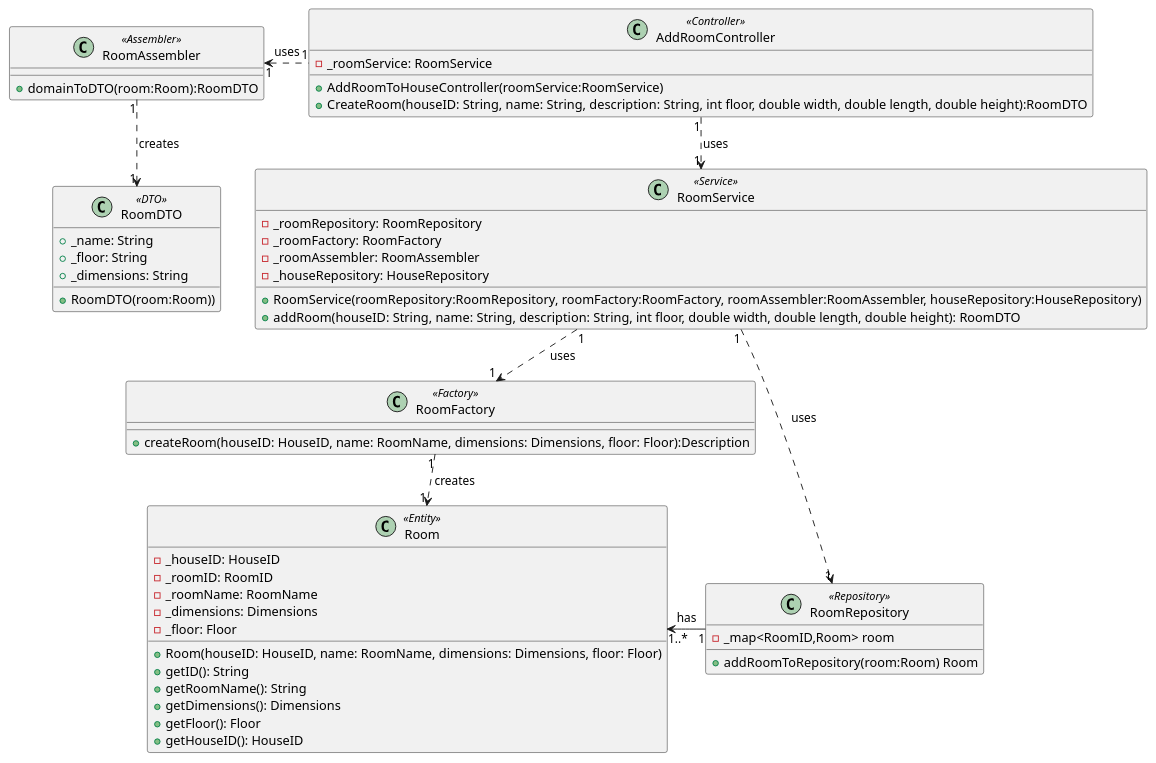
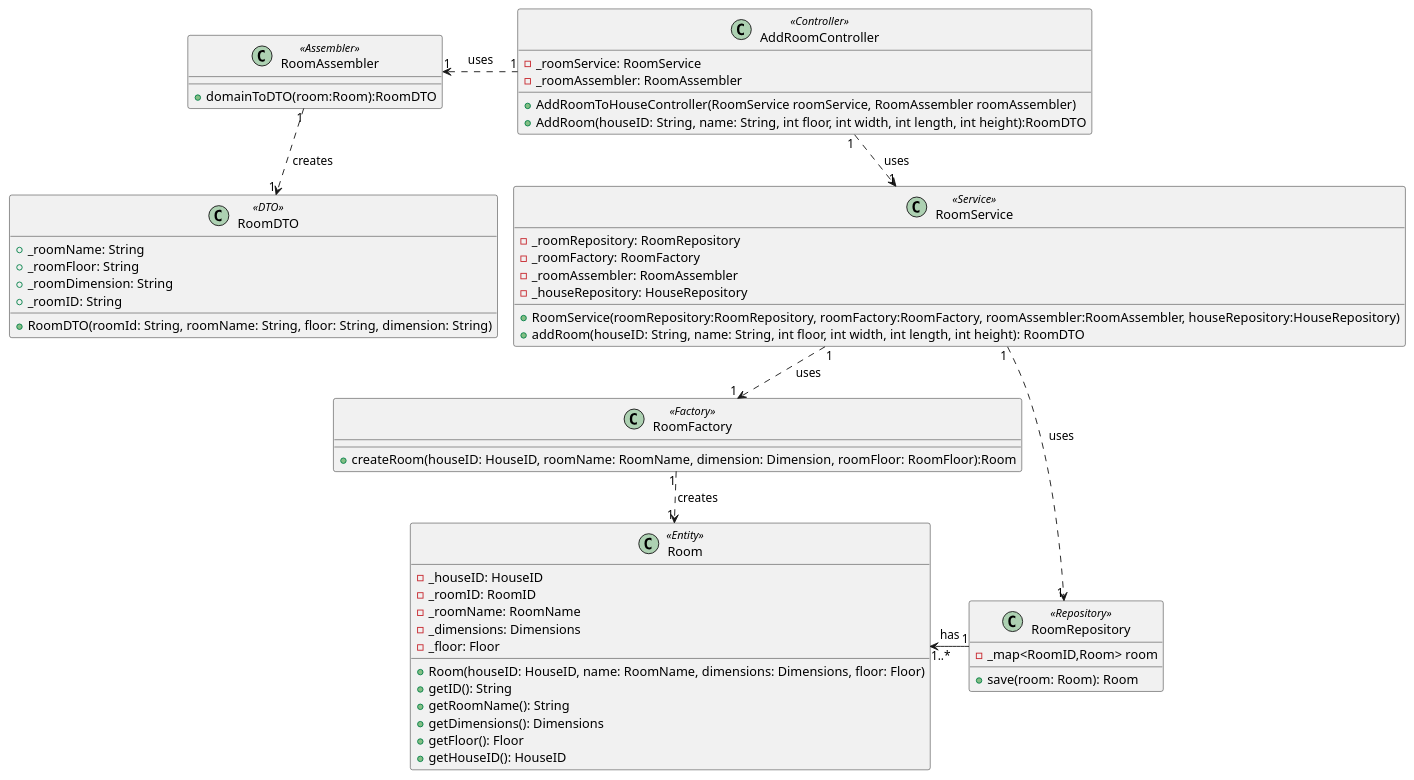
Before and after one commit to olivDiogo/SmartHome: the diagram in docs/userStories/us02/artifacts/US02CD.puml, drawn with PlantUML. The commit also changed 1 other file, not shown here.

```diff
--- a/docs/userStories/us02/artifacts/US02CD.puml
+++ b/docs/userStories/us02/artifacts/US02CD.puml
@@ -1,63 +1,65 @@
 @startuml
 !pragma layout smetana
 
 class AddRoomController<<Controller>> {
 - _roomService: RoomService
-+AddRoomToHouseController(roomService:RoomService)
-+CreateRoom(houseID: String, name: String, description: String, int floor, double width, double length, double height):RoomDTO
+- _roomAssembler: RoomAssembler
++AddRoomToHouseController(RoomService roomService, RoomAssembler roomAssembler)
++AddRoom(houseID: String, name: String, int floor, int width, int length, int height):RoomDTO
 }
 
 class RoomService <<Service>>{
 - _roomRepository: RoomRepository
 - _roomFactory: RoomFactory
 - _roomAssembler: RoomAssembler
 - _houseRepository: HouseRepository
 +RoomService(roomRepository:RoomRepository, roomFactory:RoomFactory, roomAssembler:RoomAssembler, houseRepository:HouseRepository)
-+addRoom(houseID: String, name: String, description: String, int floor, double width, double length, double height): RoomDTO
++addRoom(houseID: String, name: String, int floor, int width, int length, int height): RoomDTO
 }
 
 class RoomRepository <<Repository>>{
 - _map<RoomID,Room> room
-+addRoomToRepository(room:Room) Room
++save(room: Room): Room
 }
 
 class RoomFactory <<Factory>>{
-+createRoom(houseID: HouseID, name: RoomName, dimensions: Dimensions, floor: Floor):Description
++createRoom(houseID: HouseID, roomName: RoomName, dimension: Dimension, roomFloor: RoomFloor):Room
 }
 
 class RoomAssembler <<Assembler>>{
 +domainToDTO(room:Room):RoomDTO
 }
 
 class RoomDTO <<DTO>>{
-+ _name: String
-+ _floor: String
-+ _dimensions: String
-+RoomDTO(room:Room))
++ _roomName: String
++ _roomFloor: String
++ _roomDimension: String
++ _roomID: String
++RoomDTO(roomId: String, roomName: String, floor: String, dimension: String)
 }
 
 class Room <<Entity>>{
 - _houseID: HouseID
 - _roomID: RoomID
 - _roomName: RoomName
 - _dimensions: Dimensions
 - _floor: Floor
 +Room(houseID: HouseID, name: RoomName, dimensions: Dimensions, floor: Floor)
 +getID(): String
 +getRoomName(): String
 +getDimensions(): Dimensions
 +getFloor(): Floor
 +getHouseID(): HouseID
 }
 
 
 AddRoomController "1" .down.> "1" RoomService: uses
 RoomService "1" .down.> "1" RoomFactory: uses
 RoomService "1" .right.> "1" RoomRepository: uses
 RoomRepository "1" -left-> "1..*" Room: has
 AddRoomController "1" .left.> "1" RoomAssembler: uses
 RoomAssembler "1" .down.> "1" RoomDTO: creates
 RoomFactory "1" .down.> "1" Room: creates
 
 
 @enduml
```
